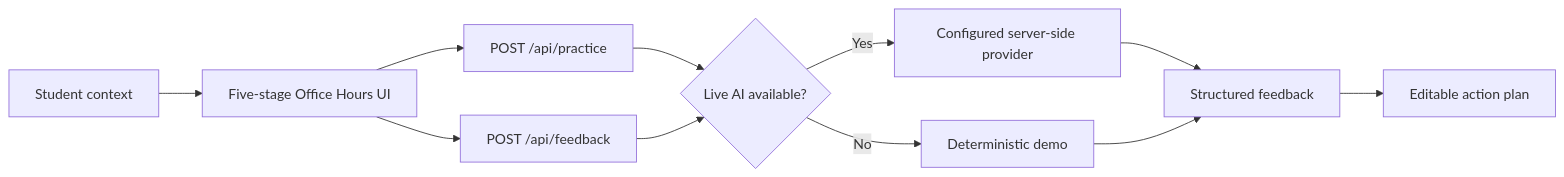
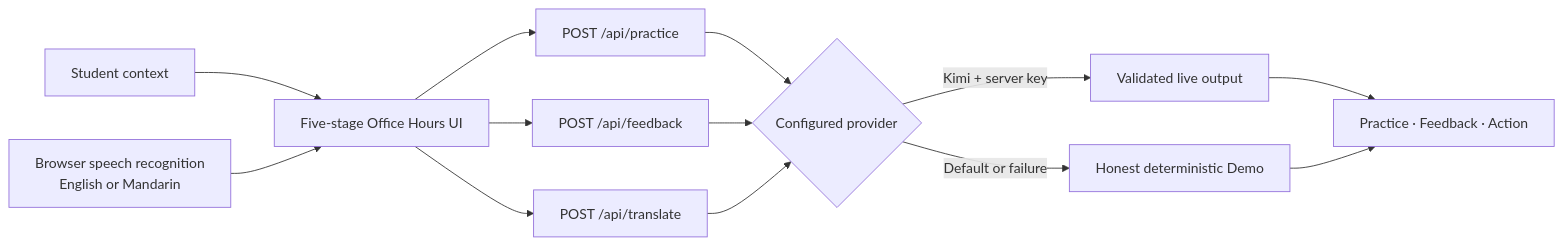
Before and after one commit to zhoulinhua0-star/campus-decoder: the diagram in README.md, drawn with Mermaid. The commit also changed other lines of this file and 1 other file, not shown here.

````diff
--- a/README.md
+++ b/README.md
@@ -79,13 +83,15 @@
 ```mermaid
 flowchart LR
     A["Student context"] --> B["Five-stage Office Hours UI"]
-    B --> C["POST /api/practice"]
-    B --> D["POST /api/feedback"]
-    C --> E{"Live AI available?"}
-    D --> E
-    E -- "Yes" --> F["Configured server-side provider"]
-    E -- "No" --> G["Deterministic demo"]
-    F --> H["Structured feedback"]
-    G --> H
-    H --> I["Editable action plan"]
+    V["Browser speech recognition\nEnglish or Mandarin"] --> B
+    B --> P["POST /api/practice"]
+    B --> F["POST /api/feedback"]
+    B --> T["POST /api/translate"]
+    P --> S{"Configured provider"}
+    F --> S
+    T --> S
+    S -- "Kimi + server key" --> K["Validated live output"]
+    S -- "Default or failure" --> D["Honest deterministic Demo"]
+    K --> O["Practice · Feedback · Action"]
+    D --> O
 ```
````
